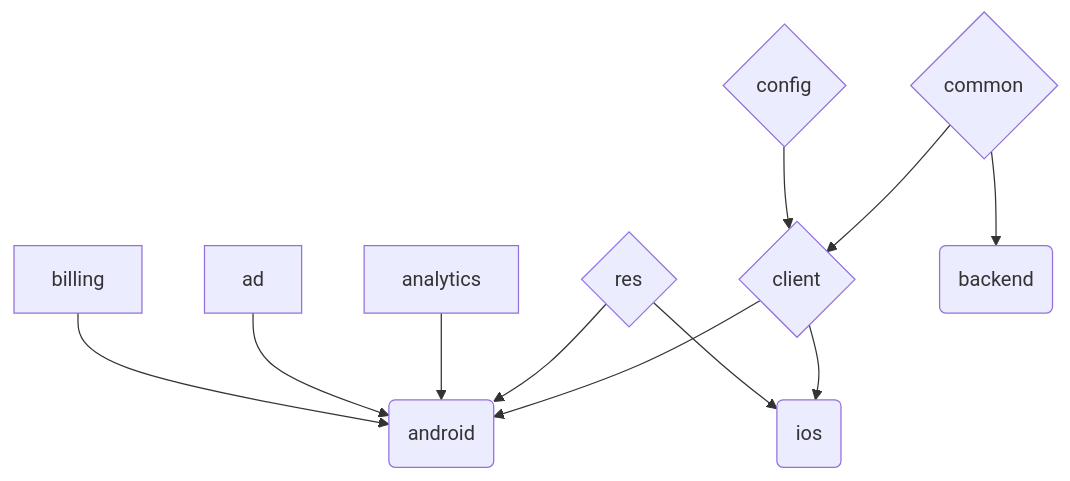
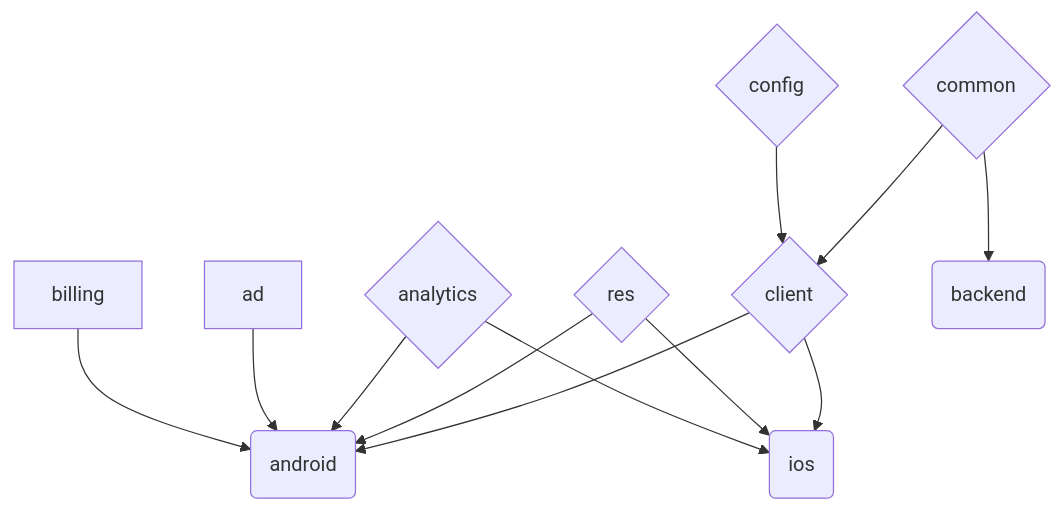
The first of 2 diagrams in README.md (Oztechan/CCC), drawn with Mermaid before and after one commit. The commit also changed other lines of this file and 15 other files, not shown here.

````diff
--- a/README.md
+++ b/README.md
@@ -28,24 +28,25 @@
 ```mermaid
 graph TD;
 
 billing-->android
 
 ad-->android
 
-analytics-->android
+analytics{analytics}-->android
+analytics-->ios
 
 res{res}-->android
 res-->ios
 
 client{client}-->android
 client-->ios
 
 config{config}-->client
 
 common{common}-->client
 common-->backend
 
 android(android)
 ios(ios)
 backend(backend)
 ```
````
